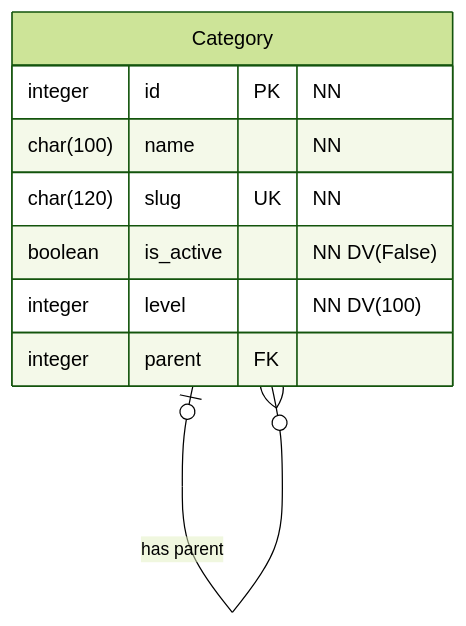
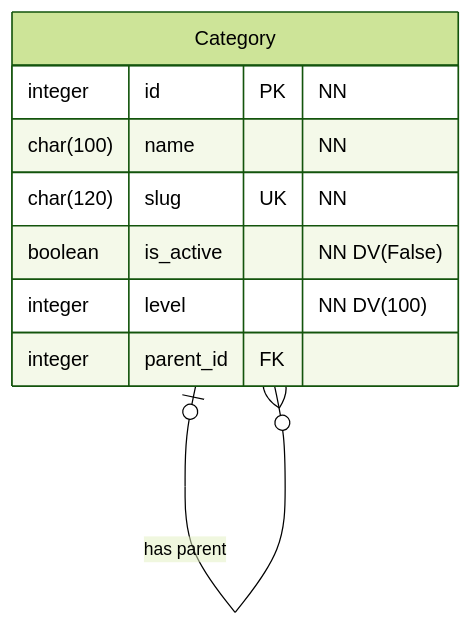
Before and after one commit to BrunoSoaresEngineering/fastAPI-learning-project: the diagram in README.md, drawn with Mermaid (forest theme). The commit also changed 2 other files, not shown here.

Commit message:
feat: add "category" table fields

````diff
--- a/README.md
+++ b/README.md
@@ -3,13 +3,13 @@
 ```mermaid
 erDiagram
     Category {
       integer id PK "NN"
       char(100) name "NN"
       char(120) slug UK "NN"
       boolean is_active "NN DV(False)"
       integer level "NN DV(100)"
-      integer parent FK
+      integer parent_id FK
     }
 
     Category |o--o{ Category : "has parent"
 ```
````
